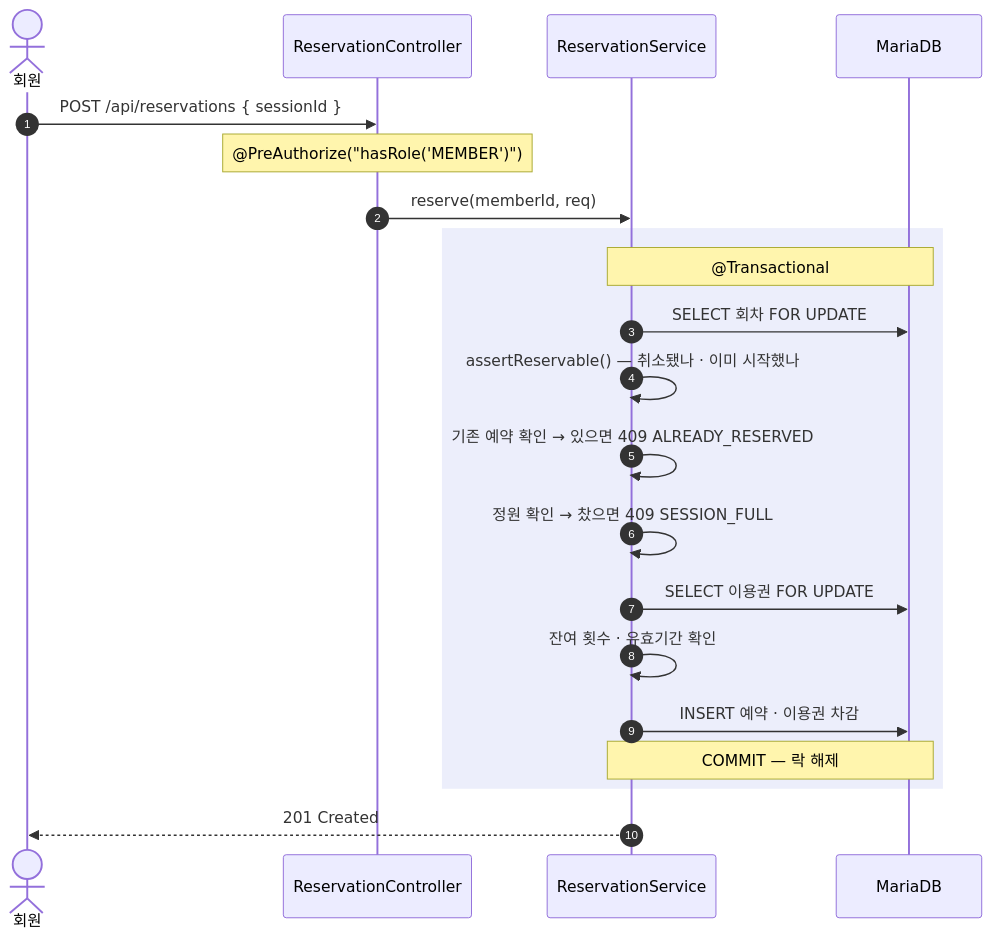
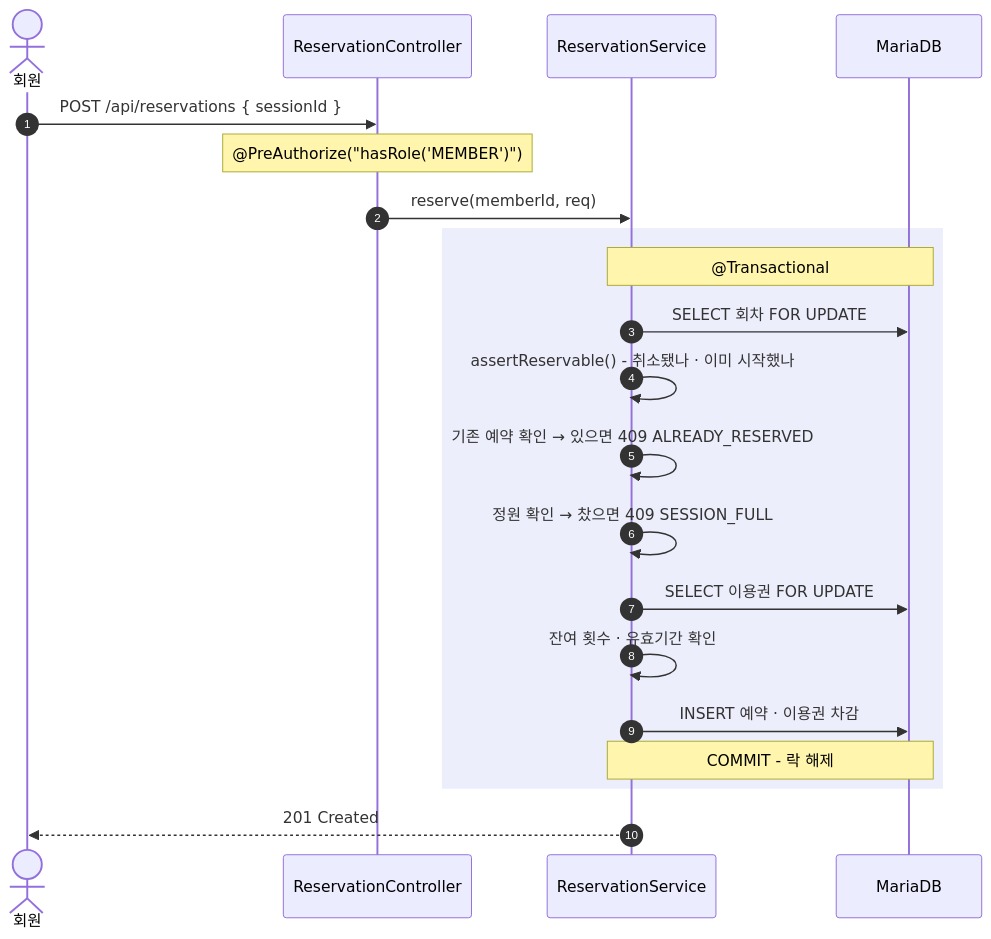
One commit to jiyean99/jiyean99 changed the second of 2 diagrams in docs/case-studies/gymkkong.md. Above: the diagram before and after it, drawn with Mermaid. The commit also changed other lines of this file and 16 other files, not shown here.

````diff
--- a/docs/case-studies/gymkkong.md
+++ b/docs/case-studies/gymkkong.md
@@ -242,26 +241,26 @@
 ```mermaid
 sequenceDiagram
   autonumber
   actor M as 회원
   participant RC as ReservationController
   participant RS as ReservationService
   participant DB as MariaDB
 
   M->>RC: POST /api/reservations { sessionId }
   Note over RC: @PreAuthorize("hasRole('MEMBER')")
   RC->>RS: reserve(memberId, req)
 
   rect rgb(236,238,251)
     Note over RS,DB: @Transactional
     RS->>DB: SELECT 회차 FOR UPDATE
-    RS->>RS: assertReservable() — 취소됐나 · 이미 시작했나
+    RS->>RS: assertReservable() - 취소됐나 · 이미 시작했나
     RS->>RS: 기존 예약 확인 → 있으면 409 ALREADY_RESERVED
     RS->>RS: 정원 확인 → 찼으면 409 SESSION_FULL
     RS->>DB: SELECT 이용권 FOR UPDATE
     RS->>RS: 잔여 횟수 · 유효기간 확인
     RS->>DB: INSERT 예약 · 이용권 차감
-    Note over RS,DB: COMMIT — 락 해제
+    Note over RS,DB: COMMIT - 락 해제
   end
 
   RS-->>M: 201 Created
 ```
````
